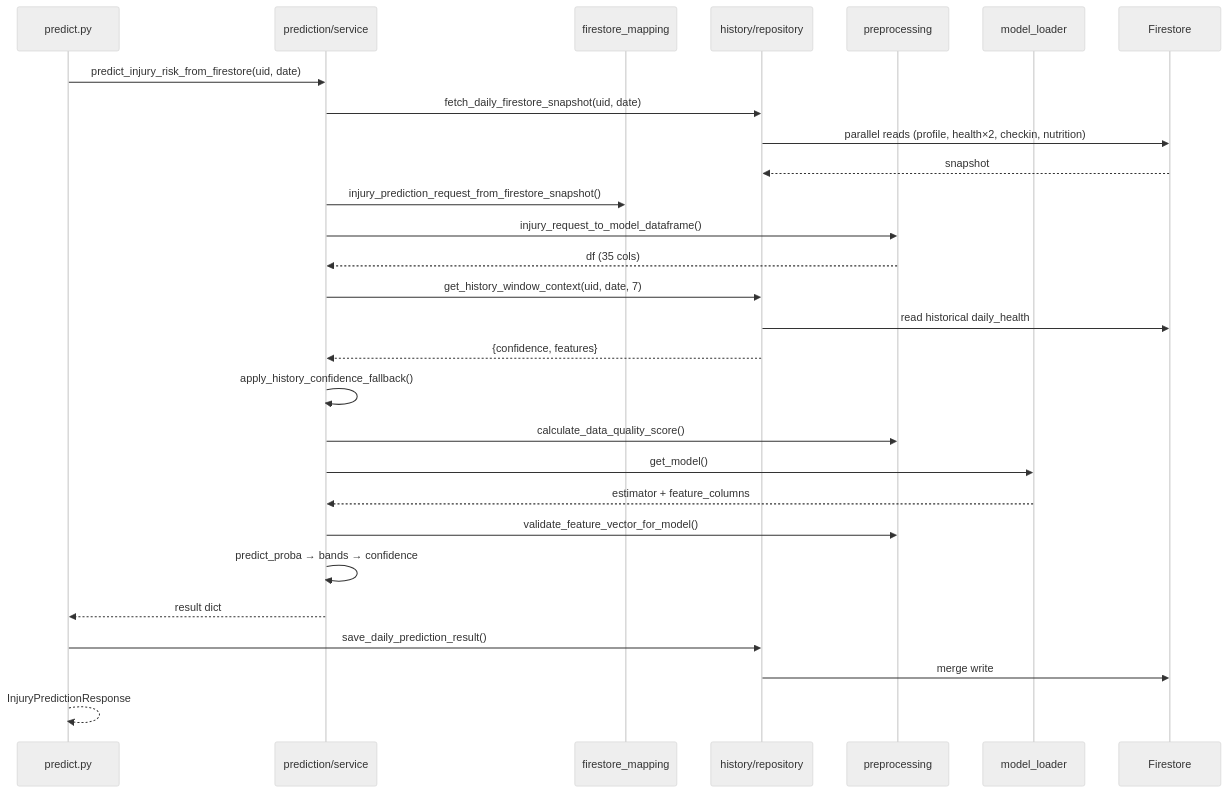
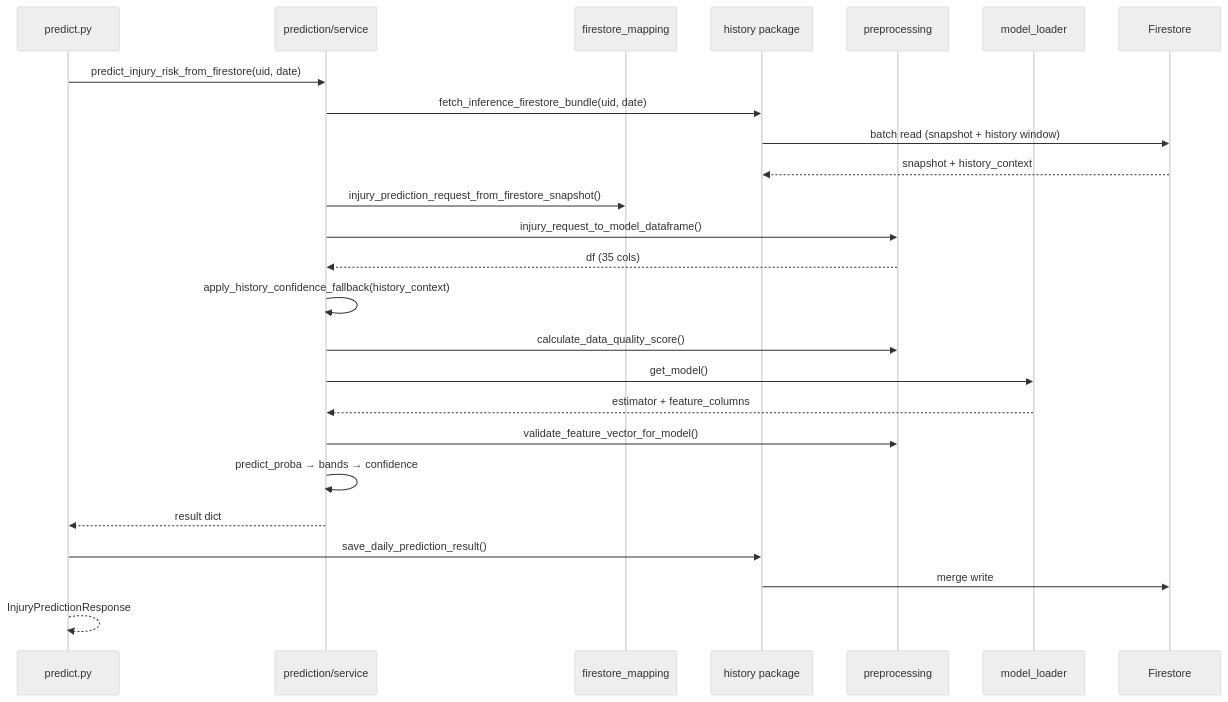
Before and after one commit to yahav97/final_project_AthleAgent: the first of 2 diagrams in backend/docs/LLD.md, drawn with Mermaid (neutral theme). The commit also changed other lines of this file and 18 other files, not shown here.

````diff
--- a/backend/docs/LLD.md
+++ b/backend/docs/LLD.md
@@ -485,31 +489,28 @@
 ```mermaid
 sequenceDiagram
     participant R as predict.py
     participant PS as prediction/service
     participant FM as firestore_mapping
-    participant HS as history/repository
+    participant HS as history package
     participant PP as preprocessing
     participant ML as model_loader
     participant FS as Firestore
 
     R->>PS: predict_injury_risk_from_firestore(uid, date)
-    PS->>HS: fetch_daily_firestore_snapshot(uid, date)
-    HS->>FS: parallel reads (profile, health×2, checkin, nutrition)
-    FS-->>HS: snapshot
+    PS->>HS: fetch_inference_firestore_bundle(uid, date)
+    HS->>FS: batch read (snapshot + history window)
+    FS-->>HS: snapshot + history_context
     PS->>FM: injury_prediction_request_from_firestore_snapshot()
     PS->>PP: injury_request_to_model_dataframe()
     PP-->>PS: df (35 cols)
-    PS->>HS: get_history_window_context(uid, date, 7)
-    HS->>FS: read historical daily_health
-    HS-->>PS: {confidence, features}
-    PS->>PS: apply_history_confidence_fallback()
+    PS->>PS: apply_history_confidence_fallback(history_context)
     PS->>PP: calculate_data_quality_score()
     PS->>ML: get_model()
     ML-->>PS: estimator + feature_columns
     PS->>PP: validate_feature_vector_for_model()
     PS->>PS: predict_proba → bands → confidence
     PS-->>R: result dict
     R->>HS: save_daily_prediction_result()
     HS->>FS: merge write
     R-->>R: InjuryPredictionResponse
 ```
````
